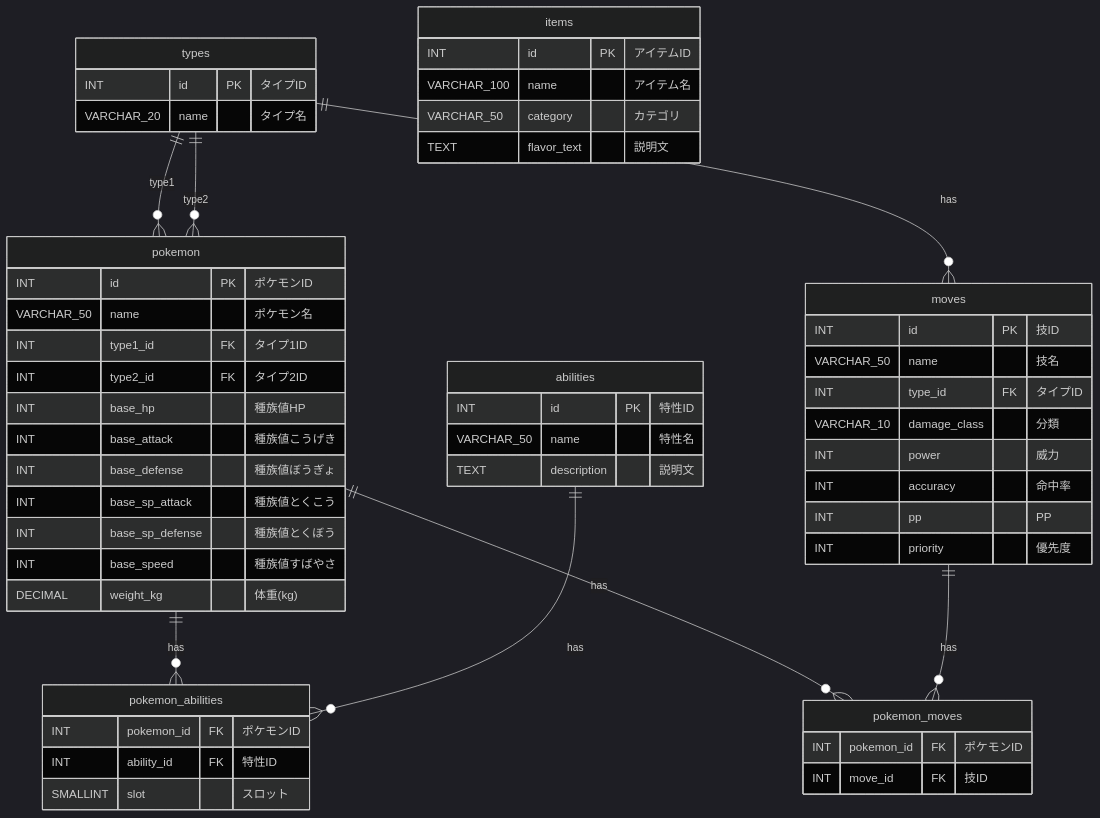
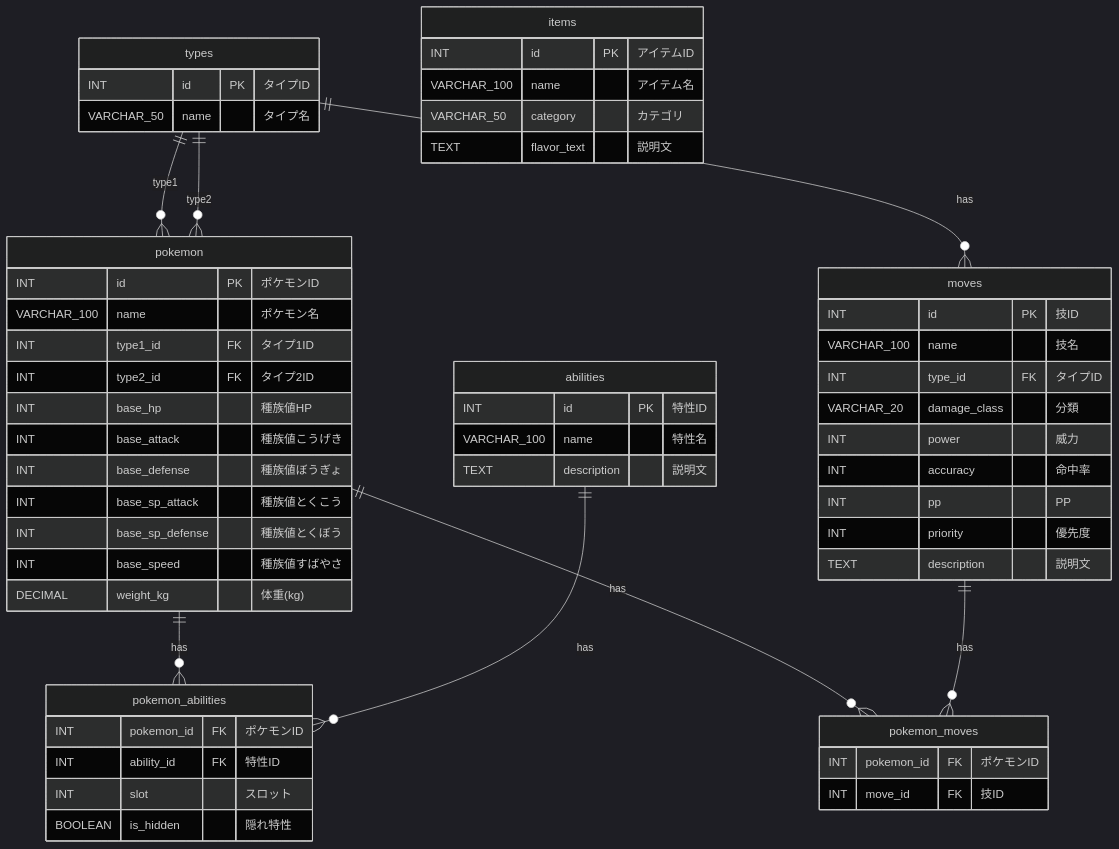
One commit to Nahaq789/pob changed the diagram in docs/er/dex.md. Above: the diagram before and after it, drawn with Mermaid (dark theme). The commit also changed 2 other files, not shown here.

````diff
--- a/docs/er/dex.md
+++ b/docs/er/dex.md
@@ -1,65 +1,67 @@
 ```mermaid
 erDiagram
     types {
         INT id PK "タイプID"
-        VARCHAR_20 name "タイプ名"
+        VARCHAR_50 name "タイプ名"
     }
 
     pokemon {
         INT id PK "ポケモンID"
-        VARCHAR_50 name "ポケモン名"
+        VARCHAR_100 name "ポケモン名"
         INT type1_id FK "タイプ1ID"
         INT type2_id FK "タイプ2ID"
         INT base_hp "種族値HP"
         INT base_attack "種族値こうげき"
         INT base_defense "種族値ぼうぎょ"
         INT base_sp_attack "種族値とくこう"
         INT base_sp_defense "種族値とくぼう"
         INT base_speed "種族値すばやさ"
         DECIMAL weight_kg "体重(kg)"
     }
 
     abilities {
         INT id PK "特性ID"
-        VARCHAR_50 name "特性名"
+        VARCHAR_100 name "特性名"
         TEXT description "説明文"
     }
 
     pokemon_abilities {
         INT pokemon_id FK "ポケモンID"
         INT ability_id FK "特性ID"
-        SMALLINT slot "スロット"
+        INT slot "スロット"
+        BOOLEAN is_hidden "隠れ特性"
     }
 
     moves {
         INT id PK "技ID"
-        VARCHAR_50 name "技名"
+        VARCHAR_100 name "技名"
         INT type_id FK "タイプID"
-        VARCHAR_10 damage_class "分類"
+        VARCHAR_20 damage_class "分類"
         INT power "威力"
         INT accuracy "命中率"
         INT pp "PP"
         INT priority "優先度"
+        TEXT description "説明文"
     }
 
     pokemon_moves {
         INT pokemon_id FK "ポケモンID"
         INT move_id FK "技ID"
     }
 
     items {
         INT id PK "アイテムID"
         VARCHAR_100 name "アイテム名"
         VARCHAR_50 category "カテゴリ"
         TEXT flavor_text "説明文"
     }
 
     types ||--o{ pokemon : "type1"
     types ||--o{ pokemon : "type2"
     types ||--o{ moves : "has"
     pokemon ||--o{ pokemon_abilities : "has"
     abilities ||--o{ pokemon_abilities : "has"
     pokemon ||--o{ pokemon_moves : "has"
     moves ||--o{ pokemon_moves : "has"
 
 ```
````
